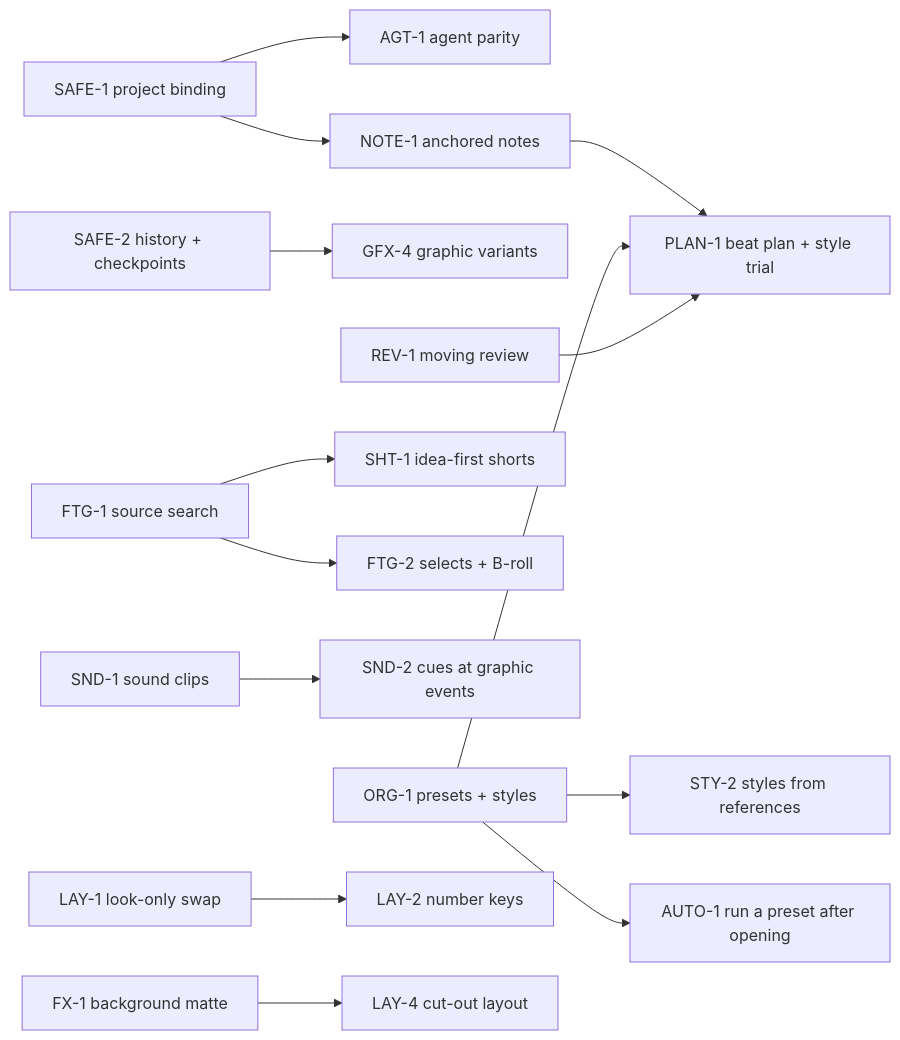
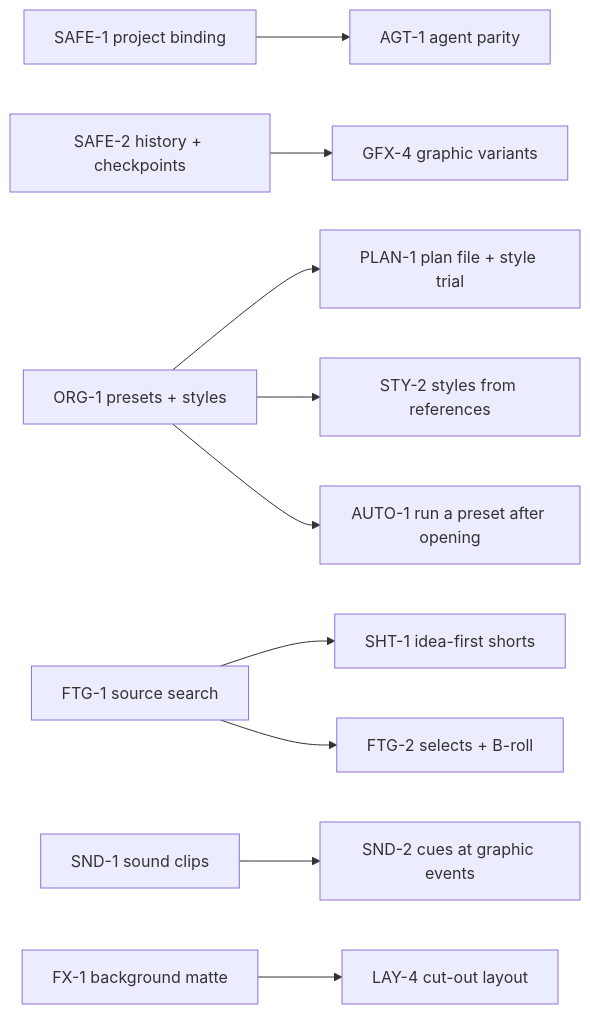
One commit to CreaperLost/Automated-Editor changed the diagram in docs/roadmap.md. Above: the diagram before and after it, drawn with Mermaid. The commit also changed other lines of this file and 91 other files, not shown here.

````diff
--- a/docs/roadmap.md
+++ b/docs/roadmap.md
@@ -27,16 +27,12 @@
 ```mermaid
 flowchart LR
     SAFE1[SAFE-1 project binding] --> AGT1[AGT-1 agent parity]
-    SAFE1 --> NOTE1[NOTE-1 anchored notes]
     SAFE2[SAFE-2 history + checkpoints] --> GFX4[GFX-4 graphic variants]
-    NOTE1 --> PLAN1[PLAN-1 beat plan + style trial]
-    ORG1[ORG-1 presets + styles] --> PLAN1
+    ORG1[ORG-1 presets + styles] --> PLAN1[PLAN-1 plan file + style trial]
     ORG1 --> STY2[STY-2 styles from references]
     ORG1 --> AUTO1[AUTO-1 run a preset after opening]
     FTG1[FTG-1 source search] --> SHT1[SHT-1 idea-first shorts]
     FTG1 --> FTG2[FTG-2 selects + B-roll]
     SND1[SND-1 sound clips] --> SND2[SND-2 cues at graphic events]
-    REV1[REV-1 moving review] --> PLAN1
-    LAY1[LAY-1 look-only swap] --> LAY2[LAY-2 number keys]
     FX1[FX-1 background matte] --> LAY4[LAY-4 cut-out layout]
 ```
````
